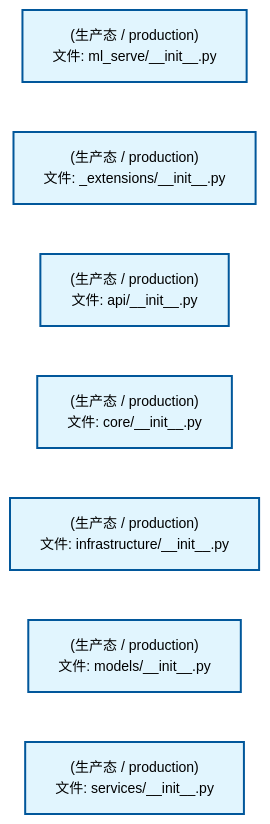
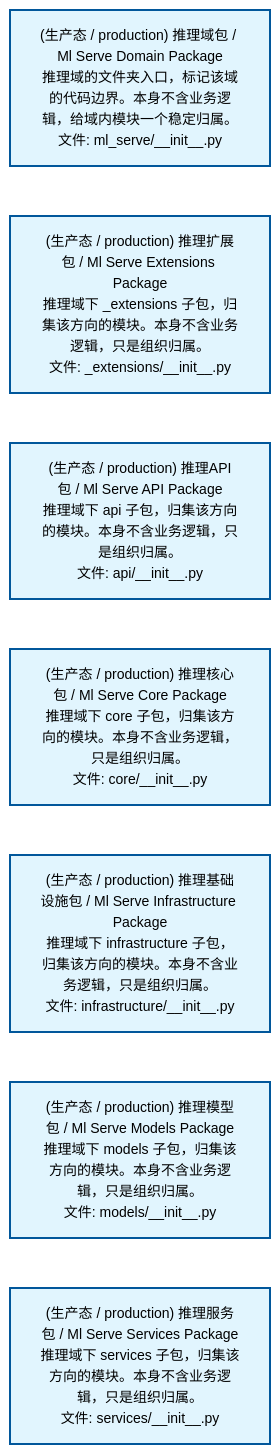
Before and after one commit to xuanFelixVan/ZephyrAlpha: the diagram in docs/02_enterprise_architecture/02_domain_architecture_docs/60_d_ml_serve.md, drawn with Mermaid. The commit also changed 54 other files, not shown here.

````diff
--- a/docs/02_enterprise_architecture/02_domain_architecture_docs/60_d_ml_serve.md
+++ b/docs/02_enterprise_architecture/02_domain_architecture_docs/60_d_ml_serve.md
@@ -53,22 +53,22 @@
 ```mermaid
 %%{init: {'theme': 'base', 'themeVariables': {'primaryColor': '#eaeaea', 'primaryTextColor': '#333333', 'primaryBorderColor': '#666666', 'lineColor': '#666666', 'secondaryColor': '#eaeaea', 'tertiaryColor': '#eaeaea', 'fontSize': '14px'}}}%%
 flowchart TD
-    src_zephyr_ml_serve_init_py["(生产态 / production)<br/>文件: ml_serve/__init__.py"]
-    src_zephyr_ml_serve_extensions_init_py["(生产态 / production)<br/>文件: _extensions/__init__.py"]
-    src_zephyr_ml_serve_api_init_py["(生产态 / production)<br/>文件: api/__init__.py"]
-    src_zephyr_ml_serve_core_init_py["(生产态 / production)<br/>文件: core/__init__.py"]
-    src_zephyr_ml_serve_infrastructure_init_py["(生产态 / production)<br/>文件: infrastructure/__init__.py"]
-    src_zephyr_ml_serve_models_init_py["(生产态 / production)<br/>文件: models/__init__.py"]
-    src_zephyr_ml_serve_services_init_py["(生产态 / production)<br/>文件: services/__init__.py"]
+    src_zephyr_ml_serve_init_py["(生产态 / production) 推理域包 / Ml Serve Domain Package<br/>推理域的文件夹入口，标记该域的代码边界。本身不含业务逻辑，给域内模块一个稳定归属。<br/>文件: ml_serve/__init__.py"]
+    src_zephyr_ml_serve_extensions_init_py["(生产态 / production) 推理扩展包 / Ml Serve Extensions Package<br/>推理域下 _extensions 子包，归集该方向的模块。本身不含业务逻辑，只是组织归属。<br/>文件: _extensions/__init__.py"]
+    src_zephyr_ml_serve_api_init_py["(生产态 / production) 推理API包 / Ml Serve API Package<br/>推理域下 api 子包，归集该方向的模块。本身不含业务逻辑，只是组织归属。<br/>文件: api/__init__.py"]
+    src_zephyr_ml_serve_core_init_py["(生产态 / production) 推理核心包 / Ml Serve Core Package<br/>推理域下 core 子包，归集该方向的模块。本身不含业务逻辑，只是组织归属。<br/>文件: core/__init__.py"]
+    src_zephyr_ml_serve_infrastructure_init_py["(生产态 / production) 推理基础设施包 / Ml Serve Infrastructure Package<br/>推理域下 infrastructure 子包，归集该方向的模块。本身不含业务逻辑，只是组织归属。<br/>文件: infrastructure/__init__.py"]
+    src_zephyr_ml_serve_models_init_py["(生产态 / production) 推理模型包 / Ml Serve Models Package<br/>推理域下 models 子包，归集该方向的模块。本身不含业务逻辑，只是组织归属。<br/>文件: models/__init__.py"]
+    src_zephyr_ml_serve_services_init_py["(生产态 / production) 推理服务包 / Ml Serve Services Package<br/>推理域下 services 子包，归集该方向的模块。本身不含业务逻辑，只是组织归属。<br/>文件: services/__init__.py"]
     src_zephyr_ml_serve_init_py ~~~ src_zephyr_ml_serve_extensions_init_py
     src_zephyr_ml_serve_extensions_init_py ~~~ src_zephyr_ml_serve_api_init_py
     src_zephyr_ml_serve_api_init_py ~~~ src_zephyr_ml_serve_core_init_py
     src_zephyr_ml_serve_core_init_py ~~~ src_zephyr_ml_serve_infrastructure_init_py
     src_zephyr_ml_serve_infrastructure_init_py ~~~ src_zephyr_ml_serve_models_init_py
     src_zephyr_ml_serve_models_init_py ~~~ src_zephyr_ml_serve_services_init_py
     classDef production fill:#e1f5fe,stroke:#01579b,stroke-width:2px,color:#000
     classDef design fill:#fff3e0,stroke:#e65100,stroke-width:2px,color:#000,stroke-dasharray: 5 5
     classDef external_prod fill:#e8f4fd,stroke:#0277bd,stroke-width:1px,color:#000
     classDef external_design fill:#fff8e7,stroke:#ef6c00,stroke-width:1px,color:#000,stroke-dasharray: 5 5
     class src_zephyr_ml_serve_init_py,src_zephyr_ml_serve_extensions_init_py,src_zephyr_ml_serve_api_init_py,src_zephyr_ml_serve_core_init_py,src_zephyr_ml_serve_infrastructure_init_py,src_zephyr_ml_serve_models_init_py,src_zephyr_ml_serve_services_init_py production
 ```
````
